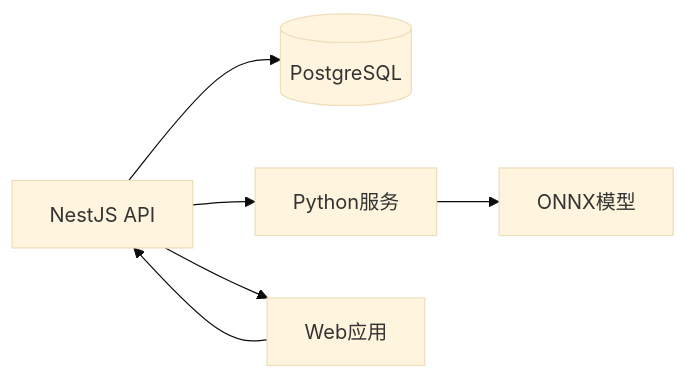
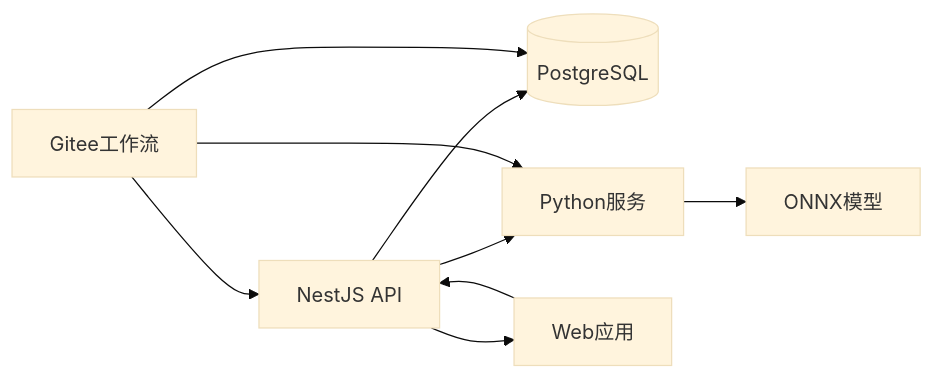
The seventh of 7 diagrams in .qoder/repowiki/zh/content/部署与运维/生产环境部署.md (L1mingyoung/ex), drawn with Mermaid (base theme) before and after one commit. The commit also changed other lines of this file and 9 other files, not shown here.

````diff
--- a/.qoder/repowiki/zh/content/部署与运维/生产环境部署.md
+++ b/.qoder/repowiki/zh/content/部署与运维/生产环境部署.md
@@ -333,8 +393,11 @@
 ```mermaid
 graph LR
 API[NestJS API] --> DB[(PostgreSQL)]
 API --> PY[Python服务]
 API --> WEB[Web应用]
 PY --> MODELS[ONNX模型]
 WEB --> API
+GITEE[Gitee工作流] --> API
+GITEE --> PY
+GITEE --> DB
 ```
````
